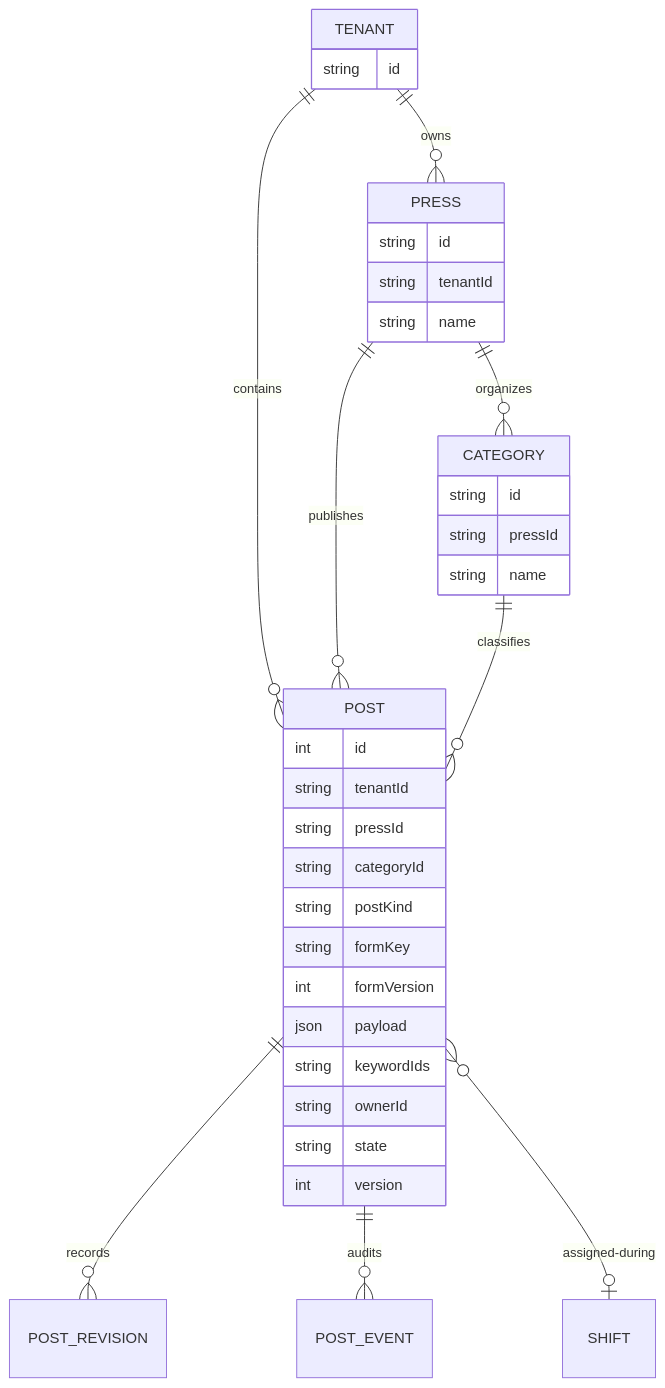
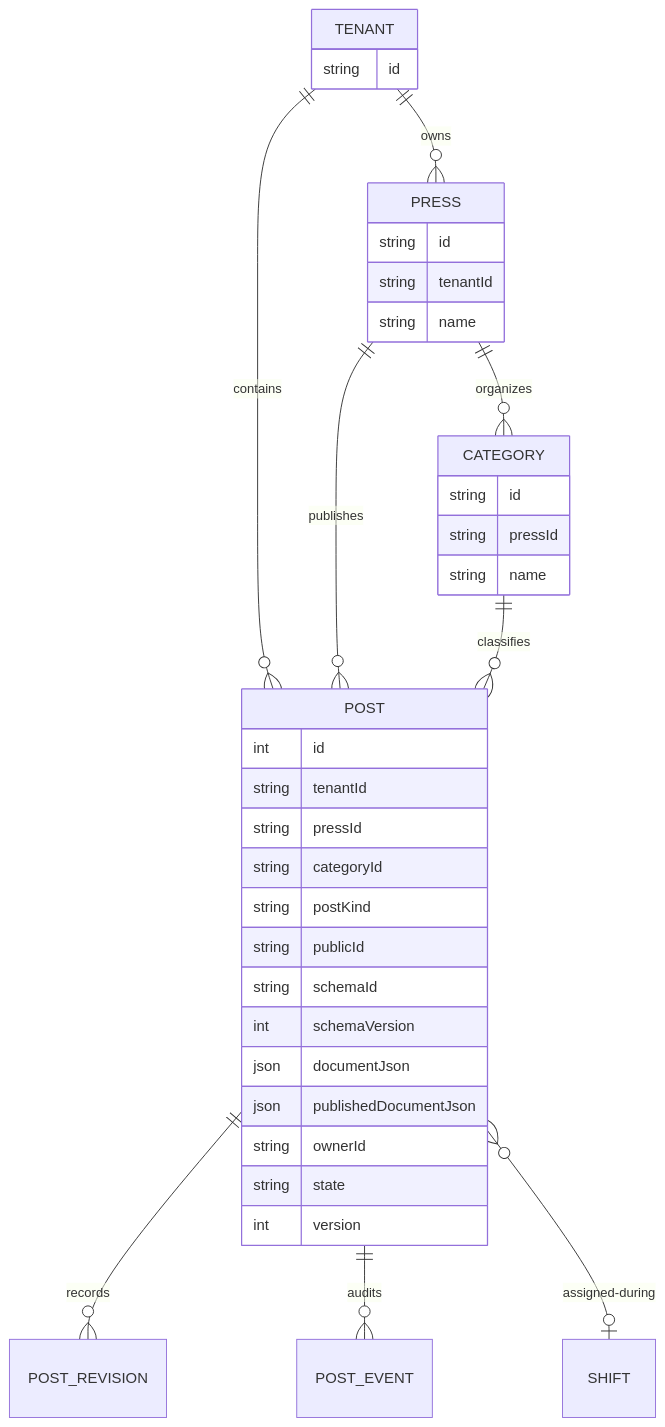
One commit to soft-square-net/ModularBlazor changed the diagram in docs/astro-modular-blazor-docs/curved-chasm/src/content/docs/modules/contents/posts.md. Above: the diagram before and after it, drawn with Mermaid. The commit also changed other lines of this file and 65 other files, not shown here.

````diff
--- a/docs/astro-modular-blazor-docs/curved-chasm/src/content/docs/modules/contents/posts.md
+++ b/docs/astro-modular-blazor-docs/curved-chasm/src/content/docs/modules/contents/posts.md
@@ -53,38 +73,39 @@
 ```mermaid
 erDiagram
     TENANT ||--o{ PRESS : owns
     PRESS ||--o{ CATEGORY : organizes
     TENANT ||--o{ POST : contains
     PRESS ||--o{ POST : publishes
     CATEGORY ||--o{ POST : classifies
     POST ||--o{ POST_REVISION : records
     POST ||--o{ POST_EVENT : audits
     POST }o--o| SHIFT : assigned-during
     TENANT {
         string id
     }
     PRESS {
         string id
         string tenantId
         string name
     }
     CATEGORY {
         string id
         string pressId
         string name
     }
     POST {
         int id
         string tenantId
         string pressId
         string categoryId
         string postKind
-        string formKey
-        int formVersion
-        json payload
-        string keywordIds
+        string publicId
+        string schemaId
+        int schemaVersion
+        json documentJson
+        json publishedDocumentJson
         string ownerId
         string state
         int version
     }
 ```
````
